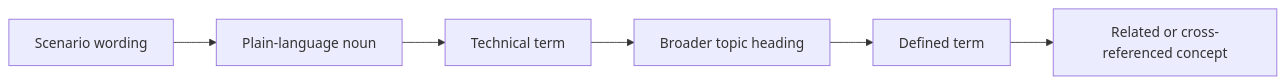
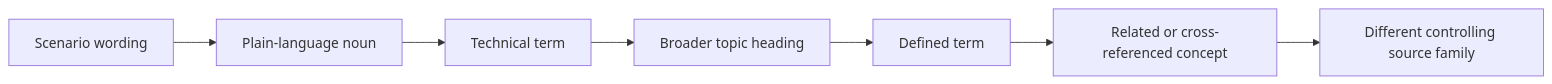
One commit to andrew3stedall/capstone changed the third of 3 diagrams in docs/learning-plans/4-week/modules/day-01-exam-orientation-and-wiring-rules-navigation.md. Above: the diagram before and after it, drawn with Mermaid. The commit also changed other lines of this file, not shown here.

Commit message:
docs: improve Day 1 source navigation module

````diff
--- a/docs/learning-plans/4-week/modules/day-01-exam-orientation-and-wiring-rules-navigation.md
+++ b/docs/learning-plans/4-week/modules/day-01-exam-orientation-and-wiring-rules-navigation.md
@@ -174,8 +201,9 @@
 ```mermaid
 flowchart LR
     A["Scenario wording"] --> B["Plain-language noun"]
     B --> C["Technical term"]
     C --> D["Broader topic heading"]
     D --> E["Defined term"]
     E --> F["Related or cross-referenced concept"]
+    F --> G["Different controlling source family"]
 ```
````
